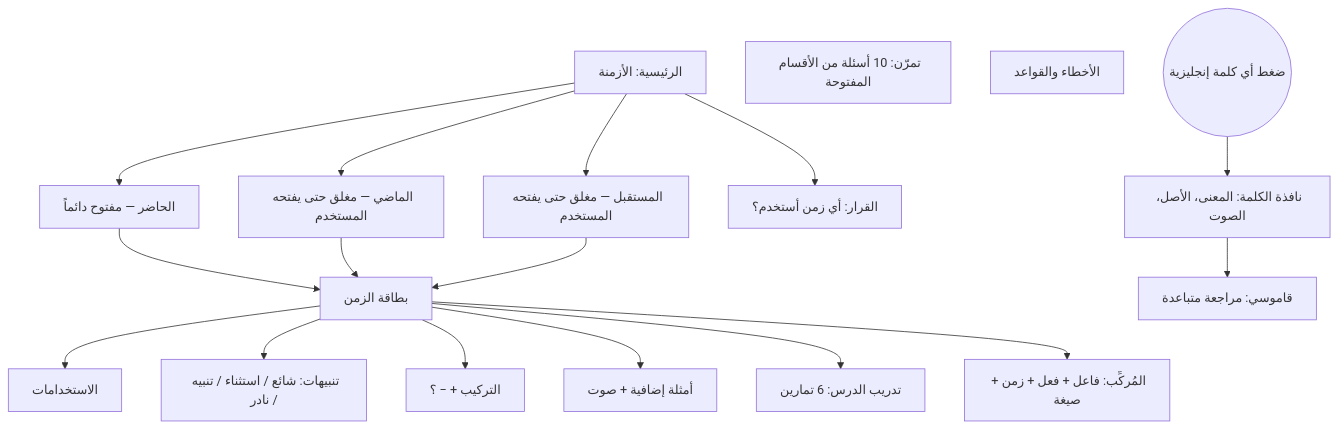
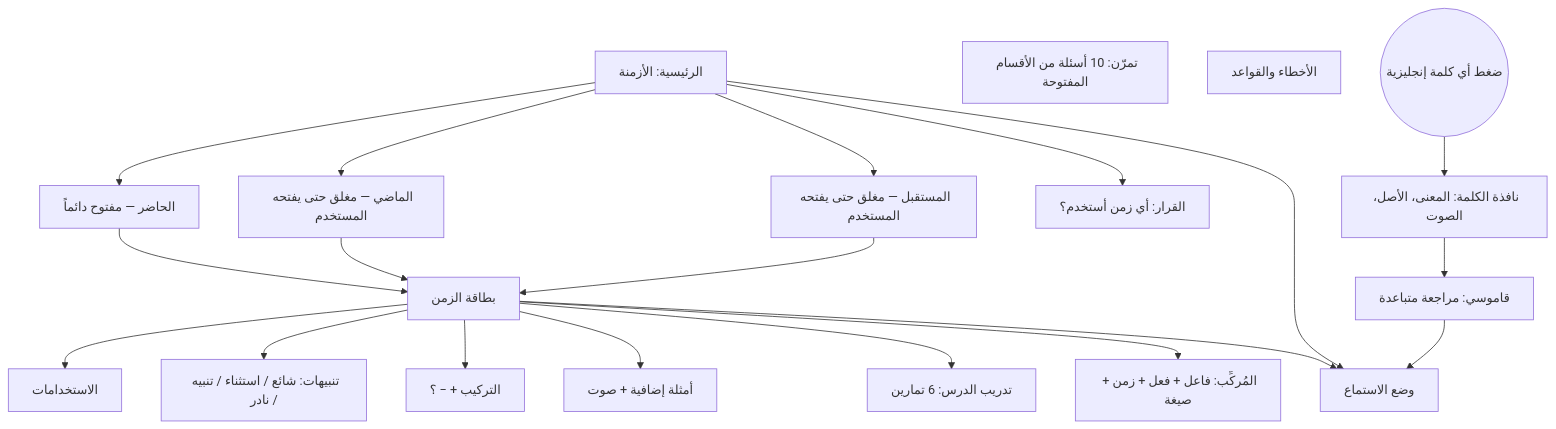
Before and after one commit to gido70/English-Tenses: the diagram in PROJECT_INDEX.md, drawn with Mermaid. The commit also changed other lines of this file, not shown here.

````diff
--- a/PROJECT_INDEX.md
+++ b/PROJECT_INDEX.md
@@ -46,19 +48,22 @@
 ```mermaid
 flowchart TD
     H[الرئيسية: الأزمنة] --> G1[الحاضر — مفتوح دائماً]
     H --> G2[الماضي — مغلق حتى يفتحه المستخدم]
     H --> G3[المستقبل — مغلق حتى يفتحه المستخدم]
     G1 & G2 & G3 --> S[بطاقة الزمن]
     S --> S1[الاستخدامات]
     S --> S2[تنبيهات: شائع / استثناء / تنبيه / نادر]
     S --> S3[التركيب + − ؟]
     S --> S4[أمثلة إضافية + صوت]
     S --> S5[تدريب الدرس: 6 تمارين]
     S --> B
     H --> D[القرار: أي زمن أستخدم؟]
     B[المُركِّب: فاعل + فعل + زمن + صيغة]
     Q[تمرّن: 10 أسئلة من الأقسام المفتوحة]
     F[الأخطاء والقواعد]
+    H --> L[وضع الاستماع]
+    S --> L
+    DI --> L
     W((ضغط أي كلمة إنجليزية)) --> P[نافذة الكلمة: المعنى، الأصل، الصوت]
     P --> DI[قاموسي: مراجعة متباعدة]
 ```
````
